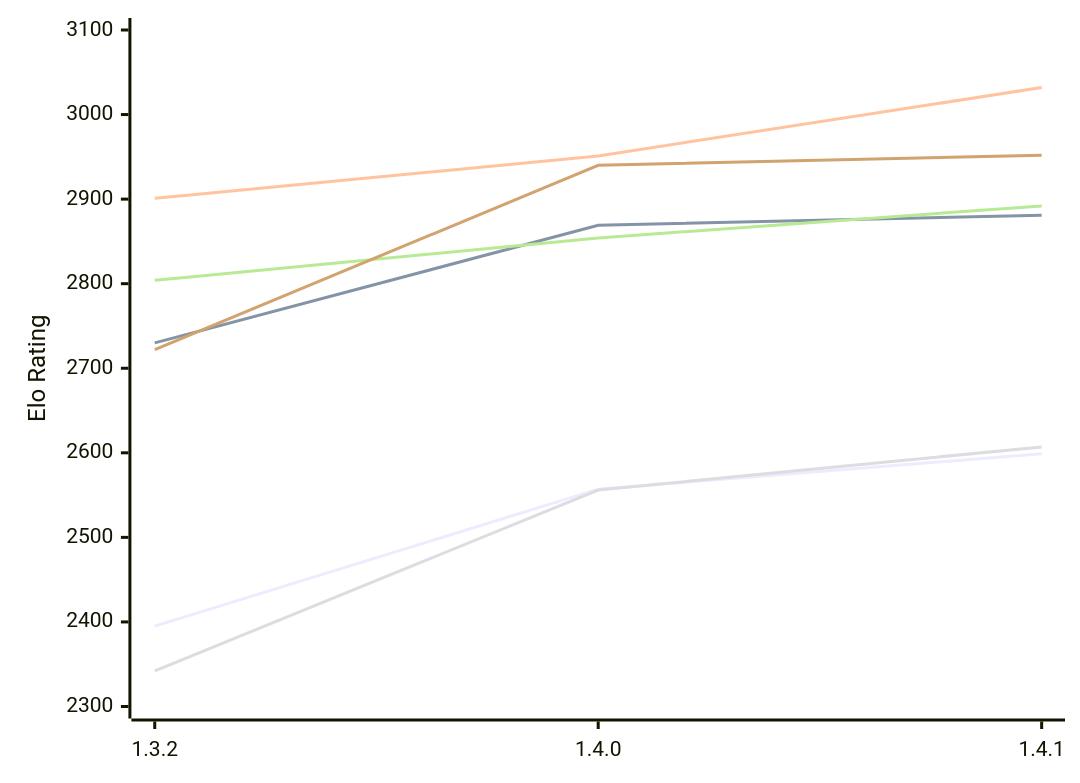
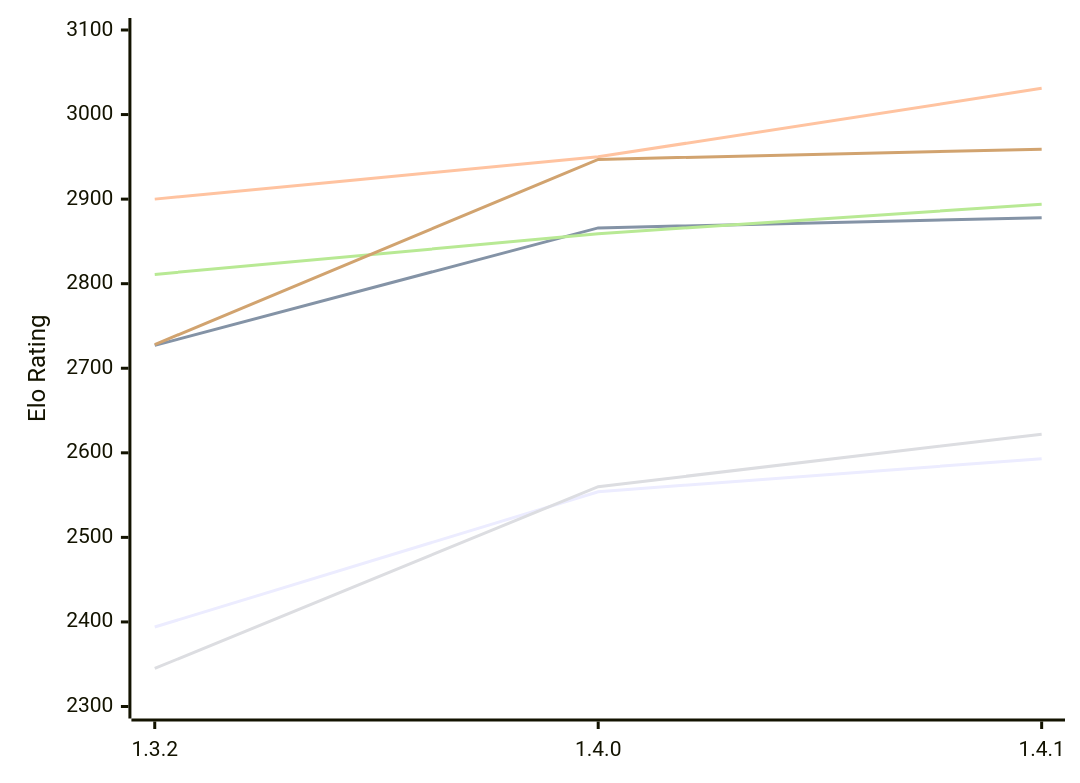
The diagram in engines/Maharajah.md (computer-chess-index/cci), drawn with Mermaid before and after one commit. The commit also changed other lines of this file, not shown here.

Commit message:
Update CCI Ratings (ELO VLTC) - 2026-11-23

````diff
--- a/engines/Maharajah.md
+++ b/engines/Maharajah.md
@@ -51,12 +51,12 @@
 ```mermaid
 %%{init: {"theme":"base","themeVariables":{"seriesColors:['#a3a3a3','#222221','#faa371']}}}%%
 xychart-beta
   x-axis ["1.3.2", "1.4.0", "1.4.1"]
   y-axis "Elo Rating" 2300 --> 3100
-  line "E1: STC (8.0+0.08s)" [2395, 2557, 2599]
-  line "E1: LTC (60.0+0.60s)" [2730, 2869, 2881]
-  line "E1: VLTC (2m24s+1.12s)" [2901, 2951, 3032]
-  line "P1: STC (8.0+0.08s)" [2342, 2556, 2607]
-  line "P1: LTC (60.0+0.60s)" [2804, 2854, 2892]
-  line "P1: VLTC (2m24s+1.12s)" [2722, 2940, 2952]
+  line "E1: STC (8.0+0.08s)" [2394, 2554, 2593]
+  line "E1: LTC (60.0+0.60s)" [2727, 2866, 2878]
+  line "E1: VLTC (2m24s+1.12s)" [2900, 2950, 3031]
+  line "P1: STC (8.0+0.08s)" [2345, 2560, 2622]
+  line "P1: LTC (60.0+0.60s)" [2811, 2859, 2894]
+  line "P1: VLTC (2m24s+1.12s)" [2728, 2947, 2959]
 ```
````
